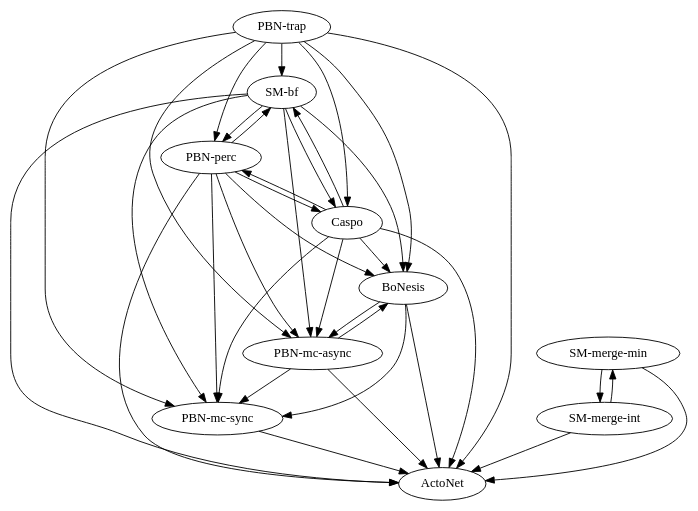
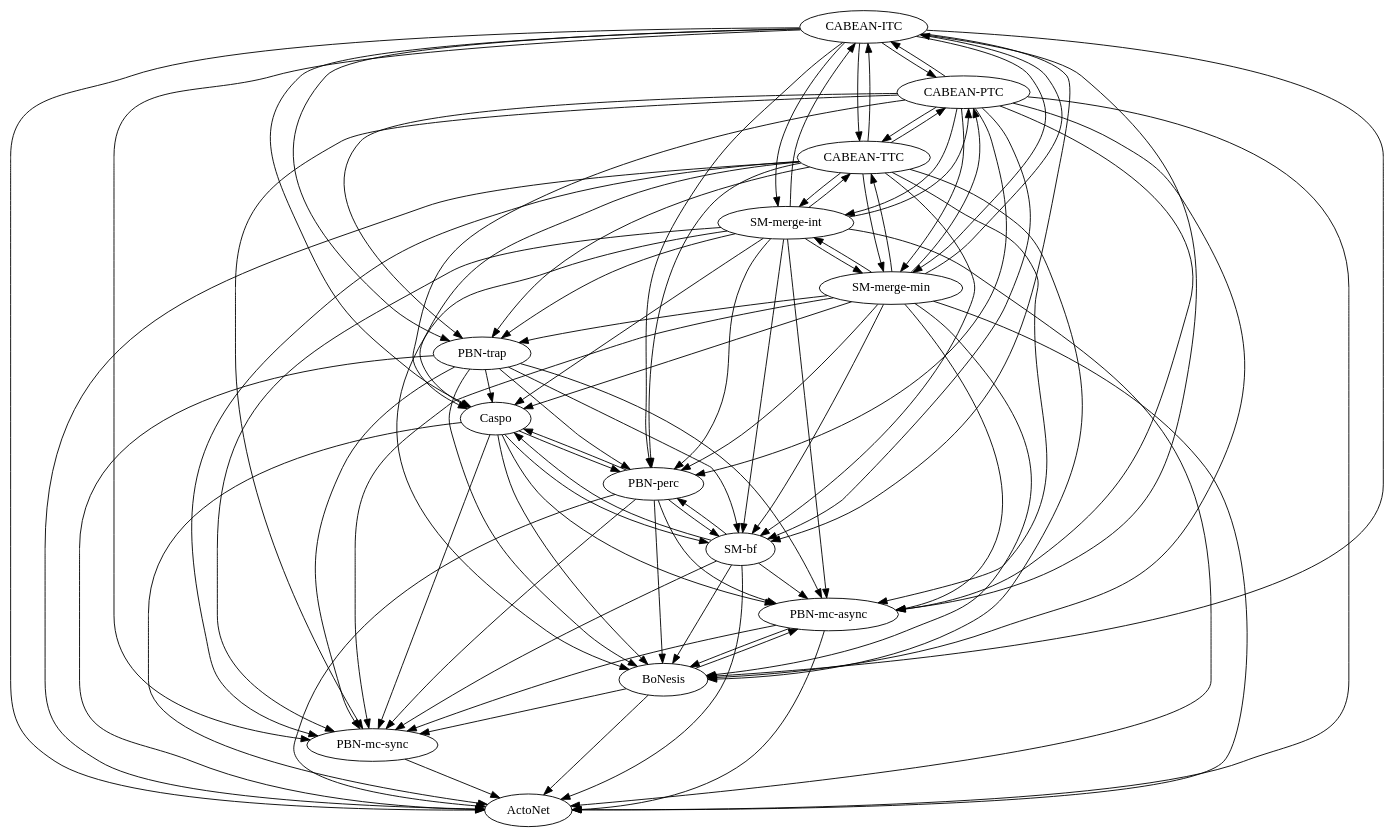
One commit to kalebmoon07/BN-control-taxonomy changed the diagram in experiments/results/practical/T-LGL/_graph.dot. Above: the diagram before and after it, drawn with Graphviz. The commit also changed 302 other files, not shown here.

```diff
--- a/experiments/results/practical/T-LGL/_graph.dot
+++ b/experiments/results/practical/T-LGL/_graph.dot
@@ -1,48 +1,107 @@
-strict digraph  {
-"SM-bf";
+digraph G {
+"CABEAN-ITC";
+"CABEAN-PTC";
+"CABEAN-TTC";
+"PBN-mc-async";
 "PBN-mc-sync";
 "PBN-perc";
+"PBN-trap";
+"SM-bf";
+"SM-merge-int";
+"SM-merge-min";
+ActoNet;
+BoNesis;
 Caspo;
-"PBN-trap";
-ActoNet;
-"PBN-mc-async";
-BoNesis;
-"SM-merge-min";
-"SM-merge-int";
-"SM-bf" -> "PBN-mc-sync";
-"SM-bf" -> "PBN-perc";
-"SM-bf" -> Caspo;
-"SM-bf" -> ActoNet;
-"SM-bf" -> "PBN-mc-async";
-"SM-bf" -> BoNesis;
-"PBN-mc-sync" -> ActoNet;
-"PBN-perc" -> "SM-bf";
-"PBN-perc" -> "PBN-mc-sync";
-"PBN-perc" -> Caspo;
-"PBN-perc" -> ActoNet;
-"PBN-perc" -> "PBN-mc-async";
-"PBN-perc" -> BoNesis;
-Caspo -> "SM-bf";
-Caspo -> "PBN-mc-sync";
-Caspo -> "PBN-perc";
-Caspo -> ActoNet;
-Caspo -> "PBN-mc-async";
-Caspo -> BoNesis;
-"PBN-trap" -> "SM-bf";
-"PBN-trap" -> "PBN-mc-sync";
-"PBN-trap" -> "PBN-perc";
-"PBN-trap" -> Caspo;
-"PBN-trap" -> ActoNet;
-"PBN-trap" -> "PBN-mc-async";
-"PBN-trap" -> BoNesis;
+"CABEAN-ITC" -> "CABEAN-PTC";
+"CABEAN-ITC" -> "CABEAN-TTC";
+"CABEAN-ITC" -> "PBN-mc-async";
+"CABEAN-ITC" -> "PBN-mc-sync";
+"CABEAN-ITC" -> "PBN-perc";
+"CABEAN-ITC" -> "PBN-trap";
+"CABEAN-ITC" -> "SM-bf";
+"CABEAN-ITC" -> "SM-merge-int";
+"CABEAN-ITC" -> "SM-merge-min";
+"CABEAN-ITC" -> ActoNet;
+"CABEAN-ITC" -> BoNesis;
+"CABEAN-ITC" -> Caspo;
+"CABEAN-PTC" -> "CABEAN-ITC";
+"CABEAN-PTC" -> "CABEAN-TTC";
+"CABEAN-PTC" -> "PBN-mc-async";
+"CABEAN-PTC" -> "PBN-mc-sync";
+"CABEAN-PTC" -> "PBN-perc";
+"CABEAN-PTC" -> "PBN-trap";
+"CABEAN-PTC" -> "SM-bf";
+"CABEAN-PTC" -> "SM-merge-int";
+"CABEAN-PTC" -> "SM-merge-min";
+"CABEAN-PTC" -> ActoNet;
+"CABEAN-PTC" -> BoNesis;
+"CABEAN-PTC" -> Caspo;
+"CABEAN-TTC" -> "CABEAN-ITC";
+"CABEAN-TTC" -> "CABEAN-PTC";
+"CABEAN-TTC" -> "PBN-mc-async";
+"CABEAN-TTC" -> "PBN-mc-sync";
+"CABEAN-TTC" -> "PBN-perc";
+"CABEAN-TTC" -> "PBN-trap";
+"CABEAN-TTC" -> "SM-bf";
+"CABEAN-TTC" -> "SM-merge-int";
+"CABEAN-TTC" -> "SM-merge-min";
+"CABEAN-TTC" -> ActoNet;
+"CABEAN-TTC" -> BoNesis;
+"CABEAN-TTC" -> Caspo;
 "PBN-mc-async" -> "PBN-mc-sync";
 "PBN-mc-async" -> ActoNet;
 "PBN-mc-async" -> BoNesis;
+"PBN-mc-sync" -> ActoNet;
+"PBN-perc" -> "PBN-mc-async";
+"PBN-perc" -> "PBN-mc-sync";
+"PBN-perc" -> "SM-bf";
+"PBN-perc" -> ActoNet;
+"PBN-perc" -> BoNesis;
+"PBN-perc" -> Caspo;
+"PBN-trap" -> "PBN-mc-async";
+"PBN-trap" -> "PBN-mc-sync";
+"PBN-trap" -> "PBN-perc";
+"PBN-trap" -> "SM-bf";
+"PBN-trap" -> ActoNet;
+"PBN-trap" -> BoNesis;
+"PBN-trap" -> Caspo;
+"SM-bf" -> "PBN-mc-async";
+"SM-bf" -> "PBN-mc-sync";
+"SM-bf" -> "PBN-perc";
+"SM-bf" -> ActoNet;
+"SM-bf" -> BoNesis;
+"SM-bf" -> Caspo;
+"SM-merge-int" -> "CABEAN-ITC";
+"SM-merge-int" -> "CABEAN-PTC";
+"SM-merge-int" -> "CABEAN-TTC";
+"SM-merge-int" -> "PBN-mc-async";
+"SM-merge-int" -> "PBN-mc-sync";
+"SM-merge-int" -> "PBN-perc";
+"SM-merge-int" -> "PBN-trap";
+"SM-merge-int" -> "SM-bf";
+"SM-merge-int" -> "SM-merge-min";
+"SM-merge-int" -> ActoNet;
+"SM-merge-int" -> BoNesis;
+"SM-merge-int" -> Caspo;
+"SM-merge-min" -> "CABEAN-ITC";
+"SM-merge-min" -> "CABEAN-PTC";
+"SM-merge-min" -> "CABEAN-TTC";
+"SM-merge-min" -> "PBN-mc-async";
+"SM-merge-min" -> "PBN-mc-sync";
+"SM-merge-min" -> "PBN-perc";
+"SM-merge-min" -> "PBN-trap";
+"SM-merge-min" -> "SM-bf";
+"SM-merge-min" -> "SM-merge-int";
+"SM-merge-min" -> ActoNet;
+"SM-merge-min" -> BoNesis;
+"SM-merge-min" -> Caspo;
+BoNesis -> "PBN-mc-async";
 BoNesis -> "PBN-mc-sync";
 BoNesis -> ActoNet;
-BoNesis -> "PBN-mc-async";
-"SM-merge-min" -> "SM-merge-int";
-"SM-merge-min" -> ActoNet;
-"SM-merge-int" -> "SM-merge-min";
-"SM-merge-int" -> ActoNet;
+Caspo -> "PBN-mc-async";
+Caspo -> "PBN-mc-sync";
+Caspo -> "PBN-perc";
+Caspo -> "SM-bf";
+Caspo -> ActoNet;
+Caspo -> BoNesis;
 }
```
